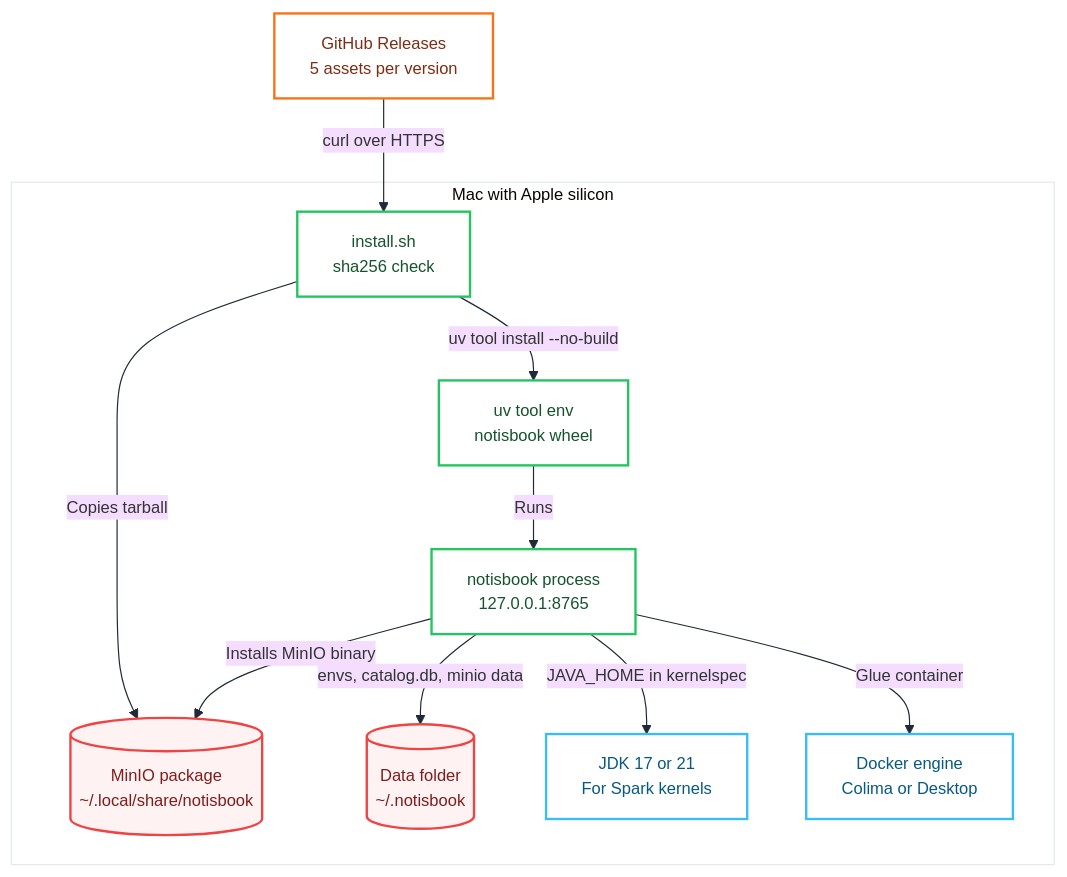
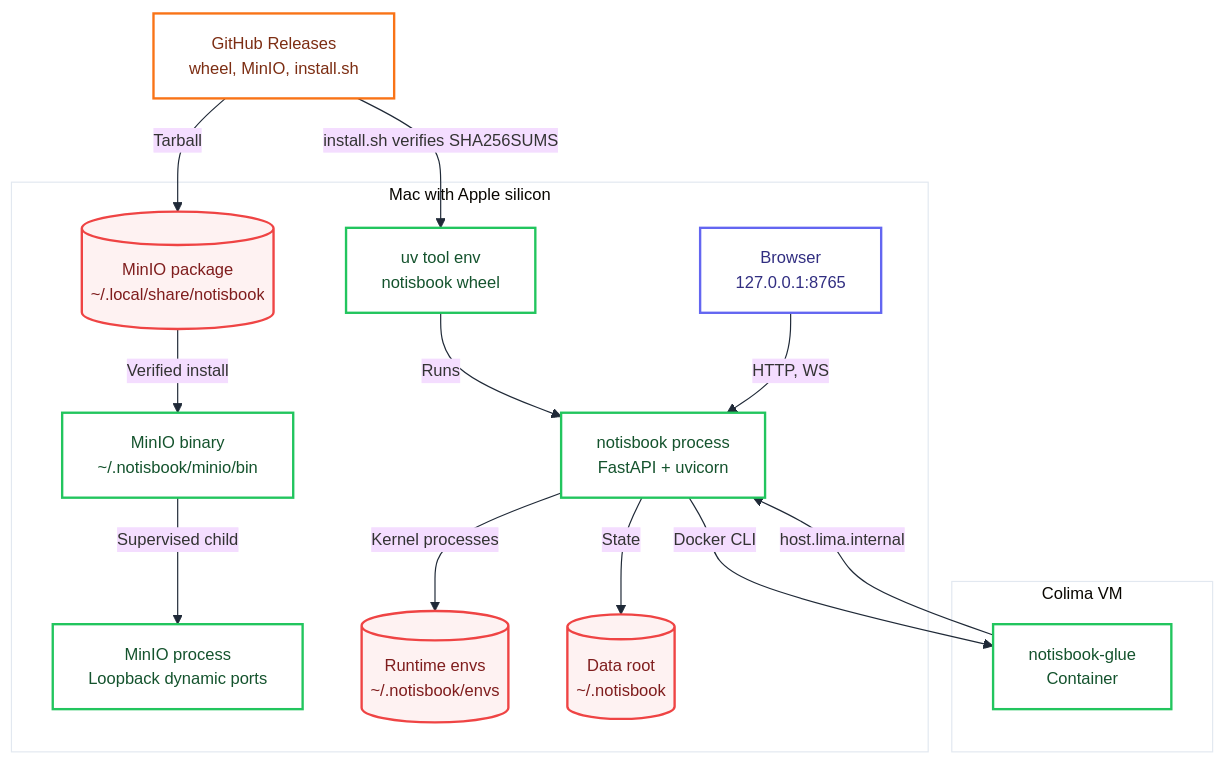
Before and after one commit to ROM-mm/Notisbook: the diagram in docs/arch/deployment.mmd, drawn with Mermaid. The commit also changed 55 other files, not shown here.

```diff
--- a/docs/arch/deployment.mmd
+++ b/docs/arch/deployment.mmd
@@ -1,37 +1,44 @@
 %%{init: {"theme":"base",
   "fontFamily":"ui-monospace, SFMono-Regular, Menlo, monospace",
   "themeVariables":{
     "fontSize":"14px","lineColor":"#1F2937",
     "clusterBkg":"#FFFFFF","clusterBorder":"#E2E8F0"}}}%%
 graph TB
-    GH["GitHub Releases<br/>5 assets per version"]
+    GH["GitHub Releases<br/>wheel, MinIO, install.sh"]
 
     subgraph MAC["Mac with Apple silicon"]
-        INSTALLER["install.sh<br/>sha256 check"]
+        BROWSER["Browser<br/>127.0.0.1:8765"]
         UVTOOL["uv tool env<br/>notisbook wheel"]
-        PKG[("MinIO package<br/>~/.local/share/notisbook")]
-        PROC["notisbook process<br/>127.0.0.1:8765"]
-        DATA[("Data folder<br/>~/.notisbook")]
-        JDK["JDK 17 or 21<br/>For Spark kernels"]
-        DOCKERVM["Docker engine<br/>Colima or Desktop"]
+        BACKEND["notisbook process<br/>FastAPI + uvicorn"]
+        MINIOBIN["MinIO binary<br/>~/.notisbook/minio/bin"]
+        MINIOPROC["MinIO process<br/>Loopback dynamic ports"]
+        ENVS[("Runtime envs<br/>~/.notisbook/envs")]
+        DATA[("Data root<br/>~/.notisbook")]
+        DIST[("MinIO package<br/>~/.local/share/notisbook")]
     end
 
-    GH -->|"curl over HTTPS"| INSTALLER
-    INSTALLER -->|"uv tool install --no-build"| UVTOOL
-    INSTALLER -->|"Copies tarball"| PKG
-    UVTOOL -->|"Runs"| PROC
-    PROC -->|"Installs MinIO binary"| PKG
-    PROC -->|"envs, catalog.db, minio data"| DATA
-    PROC -->|"JAVA_HOME in kernelspec"| JDK
-    PROC -->|"Glue container"| DOCKERVM
+    subgraph COLIMA["Colima VM"]
+        GLUEC["notisbook-glue<br/>Container"]
+    end
+
+    GH -->|"install.sh verifies SHA256SUMS"| UVTOOL
+    GH -->|"Tarball"| DIST
+    UVTOOL -->|"Runs"| BACKEND
+    DIST -->|"Verified install"| MINIOBIN
+    MINIOBIN -->|"Supervised child"| MINIOPROC
+    BROWSER -->|"HTTP, WS"| BACKEND
+    BACKEND -->|"Kernel processes"| ENVS
+    BACKEND -->|"State"| DATA
+    BACKEND -->|"Docker CLI"| GLUEC
+    GLUEC -->|"host.lima.internal"| BACKEND
 
     classDef external    fill:#FFFFFF,stroke:#F97316,stroke-width:2px,color:#7C2D12
     classDef integration fill:#FFFFFF,stroke:#6366F1,stroke-width:2px,color:#312E81
     classDef processing  fill:#FFFFFF,stroke:#22C55E,stroke-width:2px,color:#14532D
     classDef persistence fill:#FEF2F2,stroke:#EF4444,stroke-width:2px,color:#7F1D1D
     classDef support     fill:#FFFFFF,stroke:#38BDF8,stroke-width:2px,color:#075985
 
     class GH external
-    class INSTALLER,UVTOOL,PROC processing
-    class JDK,DOCKERVM support
-    class PKG,DATA persistence
+    class BROWSER integration
+    class UVTOOL,BACKEND,MINIOBIN,MINIOPROC,GLUEC processing
+    class ENVS,DATA,DIST persistence
```
